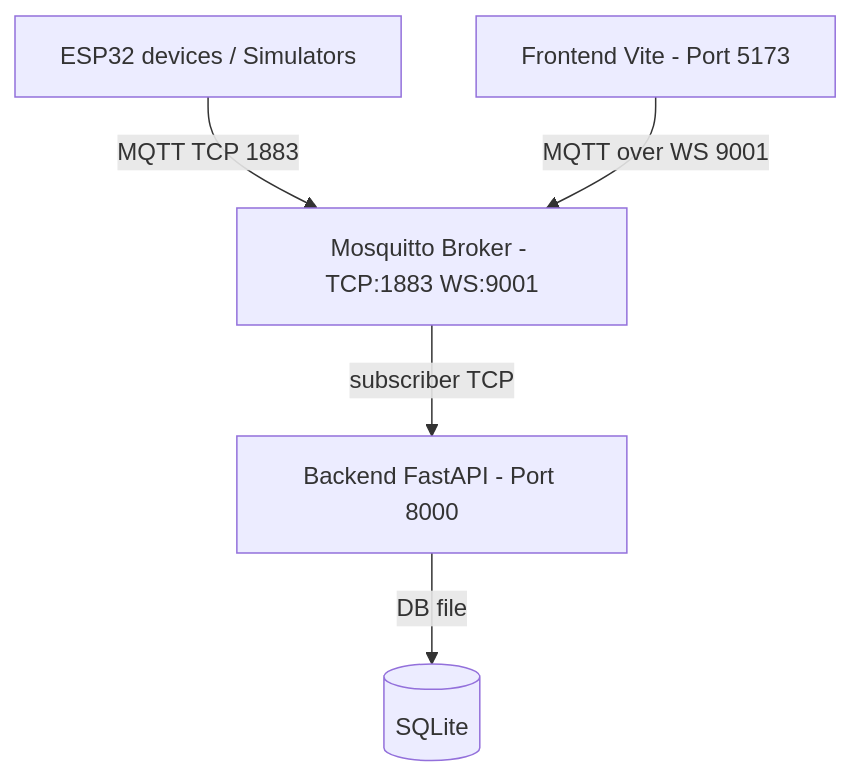
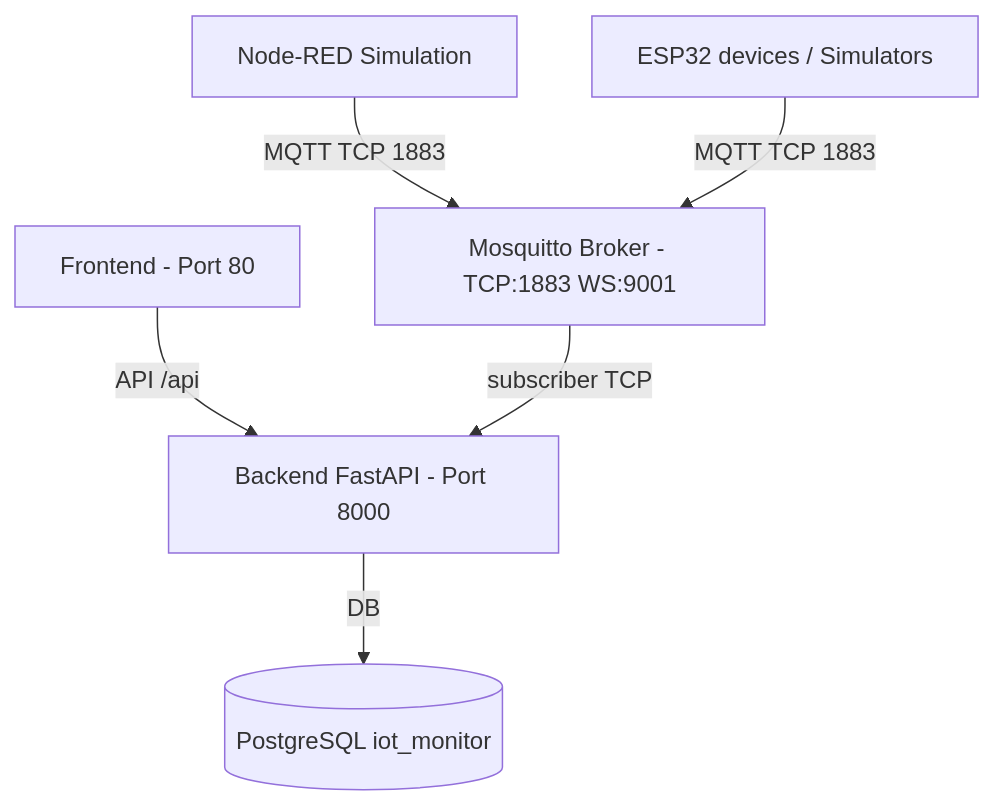
Before and after one commit to hmzxyz/cooperative-iot-monitor: the diagram in designDocs/diagrams/04_deployment_diagram.md, drawn with Mermaid. The commit also changed other lines of this file and 167 other files, not shown here.

````diff
--- a/designDocs/diagrams/04_deployment_diagram.md
+++ b/designDocs/diagrams/04_deployment_diagram.md
@@ -3,7 +3,8 @@
 ```mermaid
 graph TB
-  ESP[ESP32 devices / Simulators] -->|MQTT TCP 1883| MOSQ[Mosquitto Broker - TCP:1883 WS:9001]
-  FRONTEND[Frontend Vite - Port 5173] -->|MQTT over WS 9001| MOSQ
-  MOSQ -->|subscriber TCP| BACKEND[Backend FastAPI - Port 8000]
-  BACKEND -->|DB file| DB[(SQLite)]
+  NODERED[Node-RED Simulation] -->|MQTT TCP 1883| MOSQ[Mosquitto Broker - TCP:1883 WS:9001]
+  ESP[ESP32 devices / Simulators] -->|MQTT TCP 1883| MOSQ
+  FRONTEND[Frontend - Port 80] -->|API /api| BACKEND[Backend FastAPI - Port 8000]
+  MOSQ -->|subscriber TCP| BACKEND
+  BACKEND -->|DB| DB[(PostgreSQL iot_monitor)]
 ```
````
